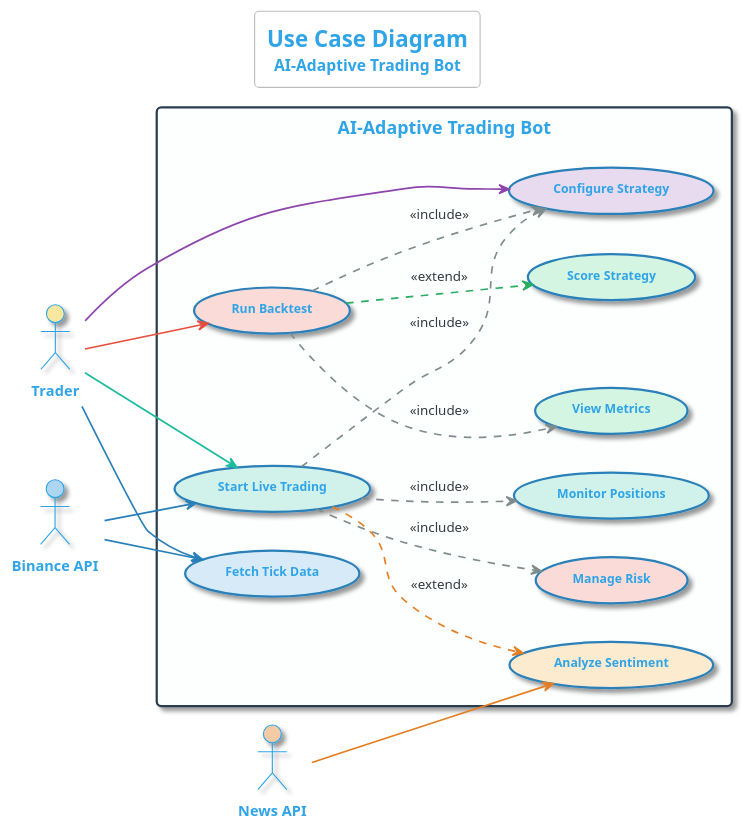
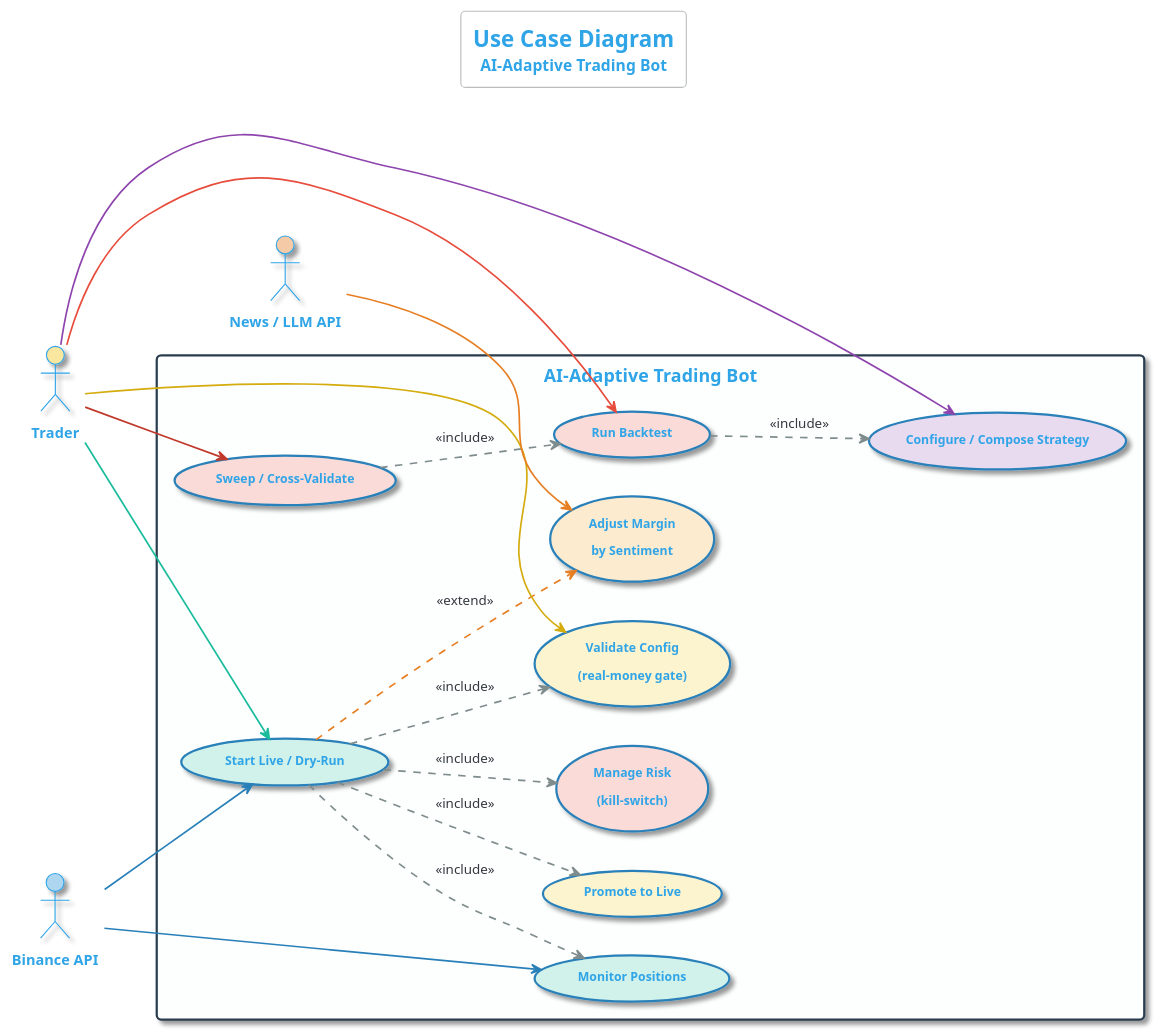
One commit to McanKul/ai-adaptive-tradebot-blg4901 changed diagram 15 of 15 in docs/uml_diagrams.puml. Above: the diagram before and after it, drawn with PlantUML. The commit also changed other lines of this file and 5 other files, not shown here.

```diff
--- a/docs/uml_diagrams.puml
+++ b/docs/uml_diagrams.puml
@@ -939,66 +1454,63 @@
 @startuml UseCase
 !theme cerulean-outline
 title <size:20>**Use Case Diagram**</size>\n<size:14>AI-Adaptive Trading Bot</size>
 
 skinparam {
   shadowing true
   defaultFontSize 12
   ArrowColor #34495E
   ArrowThickness 1.5
 }
-
 skinparam usecase {
   BackgroundColor #D6EAF8
   BorderColor #2980B9
   FontSize 11
   FontStyle bold
 }
-
 skinparam actor {
   FontSize 13
   FontStyle bold
 }
-
 skinparam rectangle {
   BorderColor #2C3E50
   BackgroundColor #FDFEFE
   FontSize 16
   FontStyle bold
 }
 
 left to right direction
 
 actor "Trader" as trader #F9E79F
 actor "Binance API" as binance #AED6F1
-actor "News API" as newsapi #F5CBA7
+actor "News / LLM API" as newsapi #F5CBA7
 
 rectangle "AI-Adaptive Trading Bot" {
   usecase "Run Backtest" as UC1 #FADBD8
-  usecase "Configure Strategy" as UC2 #E8DAEF
-  usecase "Start Live Trading" as UC3 #D1F2EB
-  usecase "Monitor Positions" as UC4 #D1F2EB
-  usecase "Analyze Sentiment" as UC5 #FDEBD0
-  usecase "Manage Risk" as UC6 #FADBD8
-  usecase "Fetch Tick Data" as UC7 #D6EAF8
-  usecase "Score Strategy" as UC8 #D5F5E3
-  usecase "View Metrics" as UC9 #D5F5E3
+  usecase "Sweep / Cross-Validate" as UC2 #FADBD8
+  usecase "Configure / Compose Strategy" as UC3 #E8DAEF
+  usecase "Validate Config\n(real-money gate)" as UC4 #FCF3CF
+  usecase "Promote to Live" as UC5 #FCF3CF
+  usecase "Start Live / Dry-Run" as UC6 #D1F2EB
+  usecase "Adjust Margin\nby Sentiment" as UC7 #FDEBD0
+  usecase "Manage Risk\n(kill-switch)" as UC8 #FADBD8
+  usecase "Monitor Positions" as UC9 #D1F2EB
 
-  UC1 .[#7F8C8D].> UC2 : <<include>>
-  UC1 .[#7F8C8D].> UC9 : <<include>>
-  UC3 .[#7F8C8D].> UC2 : <<include>>
-  UC3 .[#E67E22,dashed].> UC5 : <<extend>>
-  UC3 .[#7F8C8D].> UC6 : <<include>>
-  UC3 .[#7F8C8D].> UC4 : <<include>>
-  UC1 .[#27AE60,dashed].> UC8 : <<extend>>
+  UC1 .[#7F8C8D].> UC3 : <<include>>
+  UC2 .[#7F8C8D].> UC1 : <<include>>
+  UC6 .[#7F8C8D].> UC4 : <<include>>
+  UC6 .[#7F8C8D].> UC5 : <<include>>
+  UC6 .[#7F8C8D].> UC8 : <<include>>
+  UC6 .[#7F8C8D].> UC9 : <<include>>
+  UC6 .[#E67E22,dashed].> UC7 : <<extend>>
 }
 
 trader -[#E74C3C]-> UC1
-trader -[#1ABC9C]-> UC3
-trader -[#2980B9]-> UC7
-trader -[#8E44AD]-> UC2
-
-binance -[#2980B9]-> UC3
-binance -[#2980B9]-> UC7
-newsapi -[#E67E22]-> UC5
+trader -[#C0392B]-> UC2
+trader -[#8E44AD]-> UC3
+trader -[#D4AC0D]-> UC4
+trader -[#1ABC9C]-> UC6
+binance -[#2980B9]-> UC6
+binance -[#2980B9]-> UC9
+newsapi -[#E67E22]-> UC7
 
 @enduml
```
